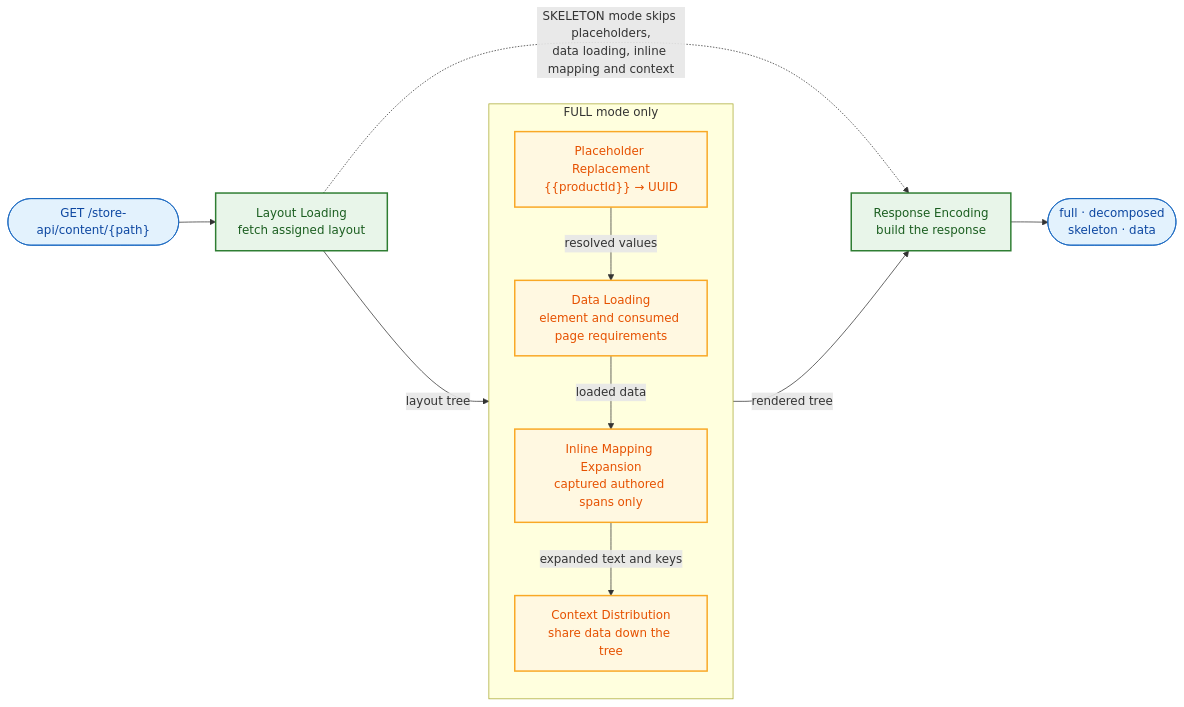
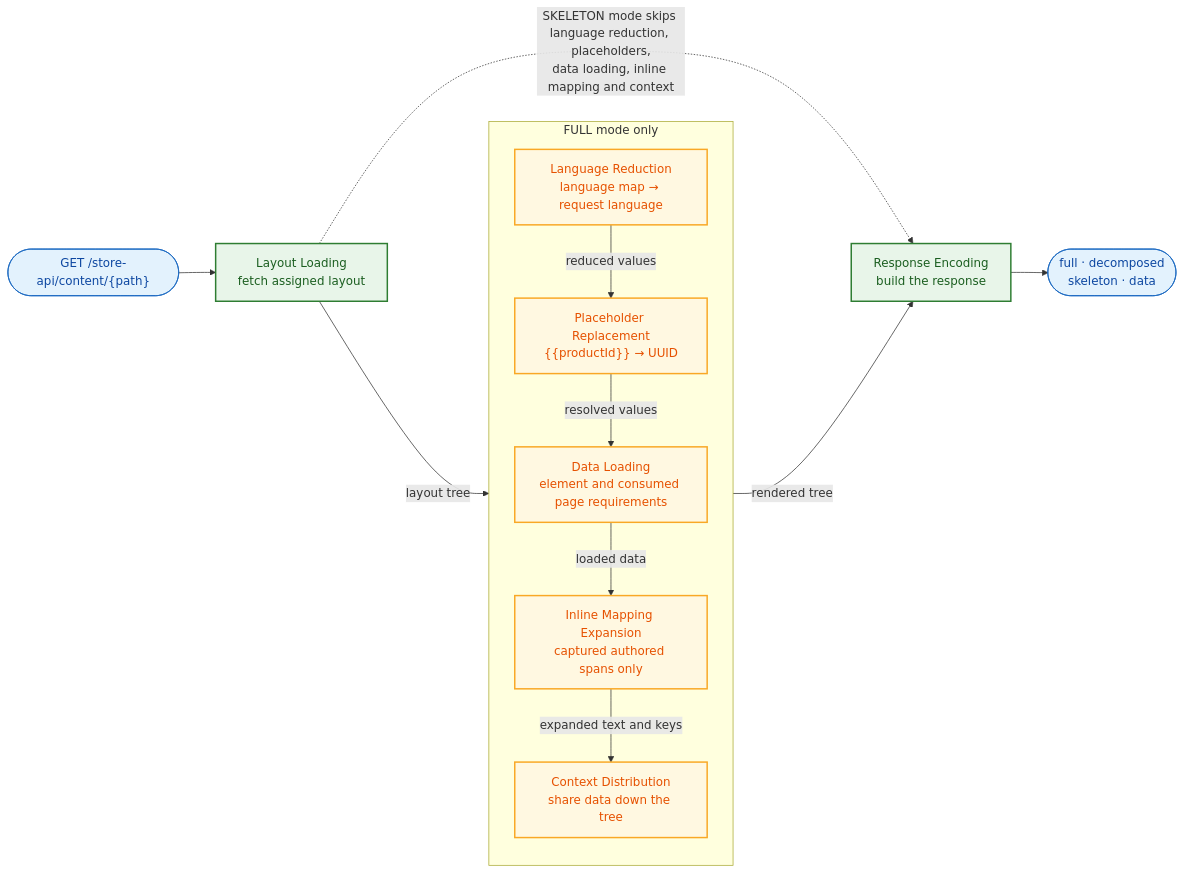
The diagram in src/Core/Framework/ContentSystem/docs/data-flow.md (shopware/shopware), drawn with Mermaid before and after one commit. The commit also changed other lines of this file and 196 other files, not shown here.

````diff
--- a/src/Core/Framework/ContentSystem/docs/data-flow.md
+++ b/src/Core/Framework/ContentSystem/docs/data-flow.md
@@ -3,32 +3,34 @@
 ```mermaid
 graph LR
     REQ(["GET /store-api/content/{path}"]) --> A
 
     A["Layout Loading<br/>fetch assigned layout"]
 
     subgraph FULLONLY["FULL mode only"]
         direction TB
+        R["Language Reduction<br/>language map → request language"]
         B["Placeholder Replacement<br/>{{productId}} → UUID"]
         C["Data Loading<br/>element and consumed page requirements"]
         M["Inline Mapping Expansion<br/>captured authored spans only"]
         D["Context Distribution<br/>share data down the tree"]
+        R -- "reduced values" --> B
         B -- "resolved values" --> C
         C -- "loaded data" --> M
         M -- "expanded text and keys" --> D
     end
 
     E["Response Encoding<br/>build the response"]
     RES(["full · decomposed<br/>skeleton · data"])
 
-    A -- "layout tree" --> B
+    A -- "layout tree" --> R
     D -- "rendered tree" --> E
     E --> RES
-    A -. "SKELETON mode skips placeholders,<br/>data loading, inline mapping and context" .-> E
+    A -. "SKELETON mode skips language reduction, placeholders,<br/>data loading, inline mapping and context" .-> E
 
     classDef io fill:#e3f2fd,stroke:#1565c0,stroke-width:1px,color:#0d47a1
     classDef step fill:#e8f5e9,stroke:#2e7d32,stroke-width:2px,color:#1b5e20
     classDef hydr fill:#fff8e1,stroke:#f9a825,stroke-width:2px,color:#e65100
     class REQ,RES io
     class A,E step
-    class B,C,M,D hydr
+    class R,B,C,M,D hydr
 ```
````
